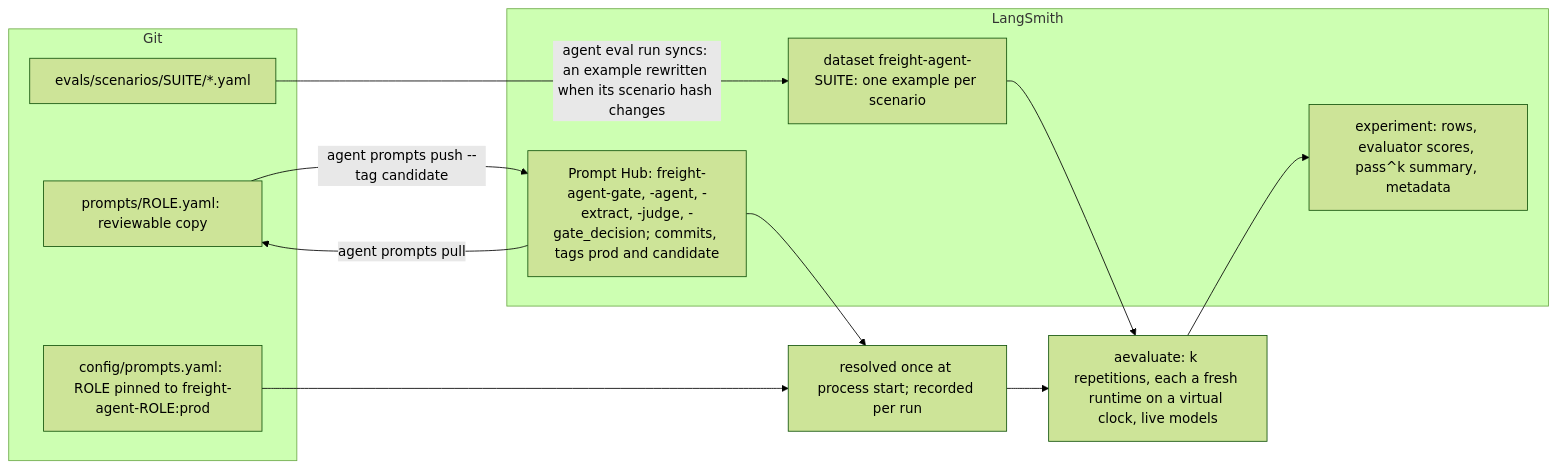
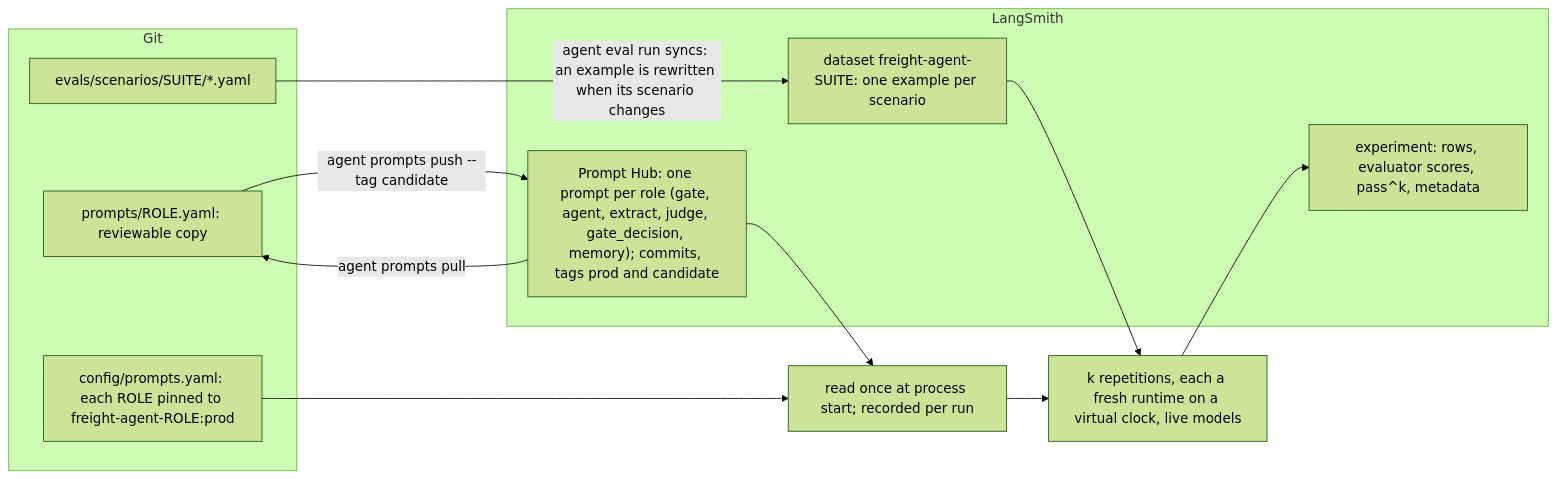
One commit to pedrocwb/freight-hero-assessment changed the tenth of 11 diagrams in docs/architecture.md. Above: the diagram before and after it, drawn with Mermaid (forest theme). The commit also changed other lines of this file and 1 other file, not shown here.

First line of the commit message:
Rewrite the answers and the architecture in plain language

````diff
--- a/docs/architecture.md
+++ b/docs/architecture.md
@@ -360,23 +375,23 @@
 ```mermaid
 flowchart LR
   subgraph git["Git"]
     scenarios["evals/scenarios/SUITE/*.yaml"]
     copy["prompts/ROLE.yaml: reviewable copy"]
-    pins["config/prompts.yaml: ROLE pinned to freight-agent-ROLE:prod"]
+    pins["config/prompts.yaml: each ROLE pinned to freight-agent-ROLE:prod"]
   end
 
   subgraph ls["LangSmith"]
     dataset["dataset freight-agent-SUITE: one example per scenario"]
-    hub["Prompt Hub: freight-agent-gate, -agent, -extract, -judge, -gate_decision; commits, tags prod and candidate"]
-    experiment["experiment: rows, evaluator scores, pass^k summary, metadata"]
+    hub["Prompt Hub: one prompt per role (gate, agent, extract, judge, gate_decision, memory); commits, tags prod and candidate"]
+    experiment["experiment: rows, evaluator scores, pass^k, metadata"]
   end
 
-  scenarios -- "agent eval run syncs: an example rewritten when its scenario hash changes" --> dataset
+  scenarios -- "agent eval run syncs: an example is rewritten when its scenario changes" --> dataset
   copy -- "agent prompts push --tag candidate" --> hub
   hub -- "agent prompts pull" --> copy
-  pins --> resolve["resolved once at process start; recorded per run"]
+  pins --> resolve["read once at process start; recorded per run"]
   hub --> resolve
-  dataset --> run["aevaluate: k repetitions, each a fresh runtime on a virtual clock, live models"]
+  dataset --> run["k repetitions, each a fresh runtime on a virtual clock, live models"]
   resolve --> run
   run --> experiment
 ```
````
